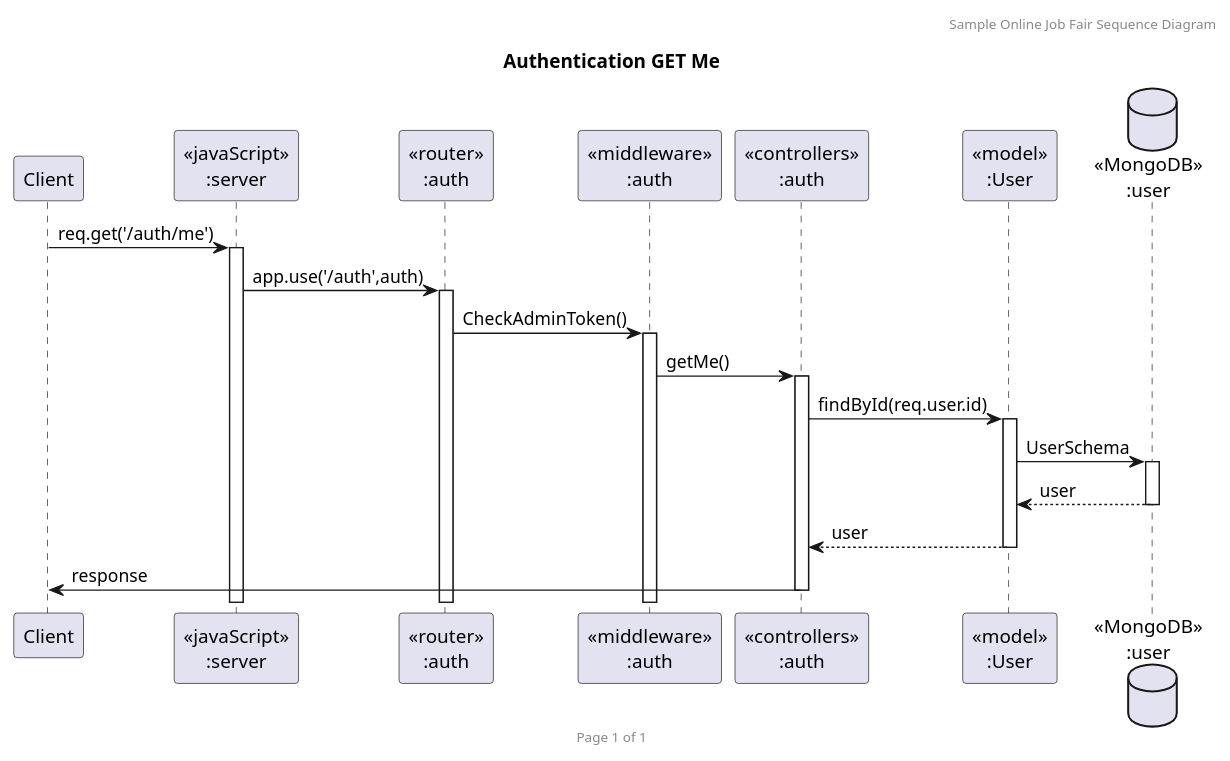
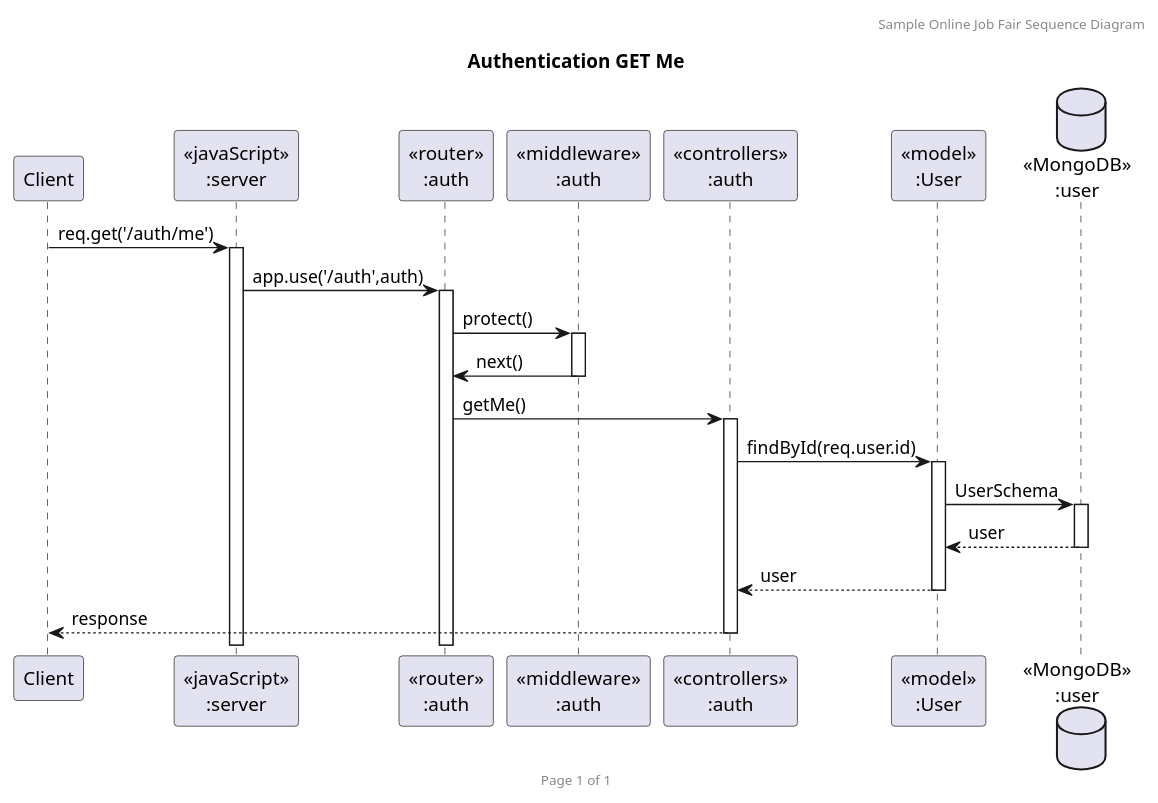
One commit to armernuntiya/SWDevI changed the diagram in PlantUML/JobFairSequenceAuthGETMe.puml. Above: the diagram before and after it, drawn with PlantUML. The commit also changed 14 other files, not shown here.

Commit message:
Edit:diagram puml

```diff
--- a/PlantUML/JobFairSequenceAuthGETMe.puml
+++ b/PlantUML/JobFairSequenceAuthGETMe.puml
@@ -1,27 +1,28 @@
 @startuml Manage Authentication
 
 header Sample Online Job Fair Sequence Diagram
 footer Page %page% of %lastpage%
 title "Authentication GET Me"
 
 participant "Client" as client
 participant "<<javaScript>>\n:server" as server
 participant "<<router>>\n:auth" as routerUser
 participant "<<middleware>>\n:auth" as authMiddleware
 participant "<<controllers>>\n:auth" as controllersUser
 participant "<<model>>\n:User" as modelUser
 database "<<MongoDB>>\n:user" as UserDatabase
 
 client->server ++:req.get('/auth/me')
 server->routerUser ++:app.use('/auth',auth)
-routerUser -> authMiddleware ++: CheckAdminToken()
-authMiddleware -> controllersUser ++:getMe()
+routerUser -> authMiddleware ++: protect()
+routerUser <- authMiddleware --: next()
+routerUser -> controllersUser ++:getMe()
 controllersUser -> modelUser ++:findById(req.user.id)
 modelUser -> UserDatabase ++: UserSchema
 UserDatabase --> modelUser --: user
 controllersUser <-- modelUser --: user
-controllersUser -> client --:response
+controllersUser --> client --:response
 
 
 
 @enduml
```
